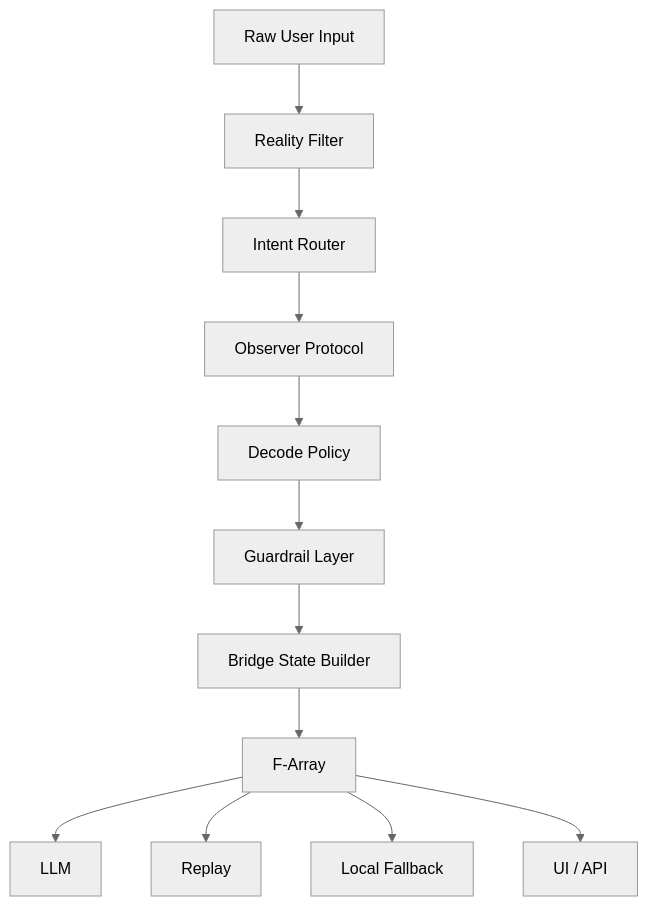
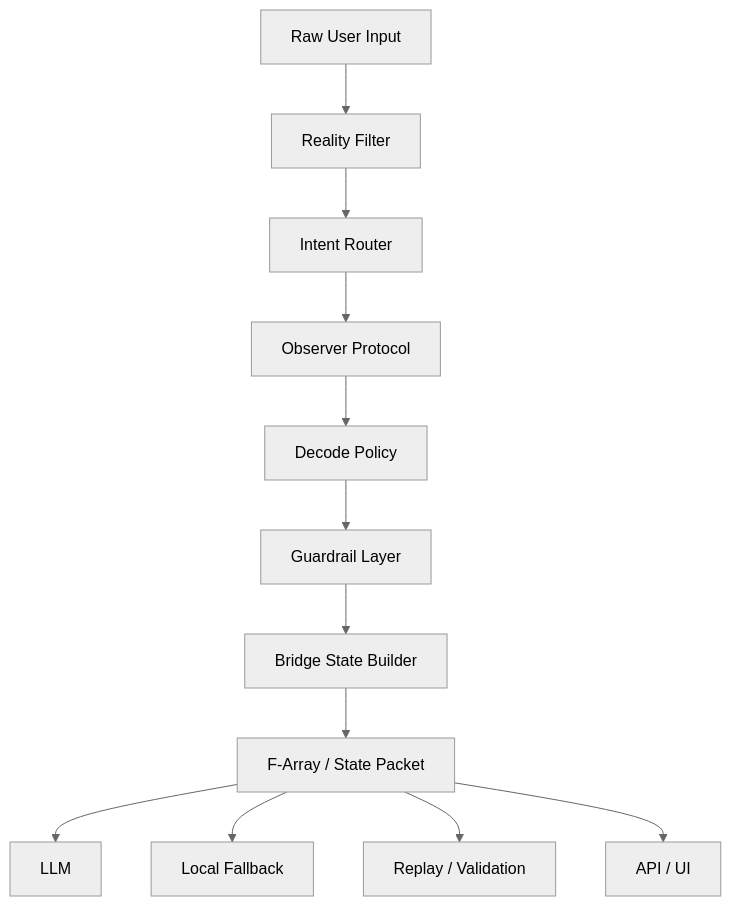
The diagram in README.md (Shinya266/altora-core), drawn with Mermaid (neutral theme) before and after one commit. The commit also changed other lines of this file, not shown here.

````diff
--- a/README.md
+++ b/README.md
@@ -58,43 +39,26 @@
 ```mermaid
 flowchart TD
 
 A[Raw User Input]
+--> B[Reality Filter]
 
--->
+B --> C[Intent Router]
 
-B[Reality Filter]
+C --> D[Observer Protocol]
 
--->
+D --> E[Decode Policy]
 
-C[Intent Router]
+E --> F[Guardrail Layer]
 
--->
+F --> G[Bridge State Builder]
 
-D[Observer Protocol]
+G --> H[F-Array / State Packet]
 
--->
+H --> I[LLM]
 
-E[Decode Policy]
+H --> J[Local Fallback]
 
--->
+H --> K[Replay / Validation]
 
-F[Guardrail Layer]
-
--->
-
-G[Bridge State Builder]
-
--->
-
-H[F-Array]
-
--->
-
-I[LLM]
-
-H --> J[Replay]
-
-H --> K[Local Fallback]
-
-H --> L[UI / API]
+H --> L[API / UI]
 ```
````
